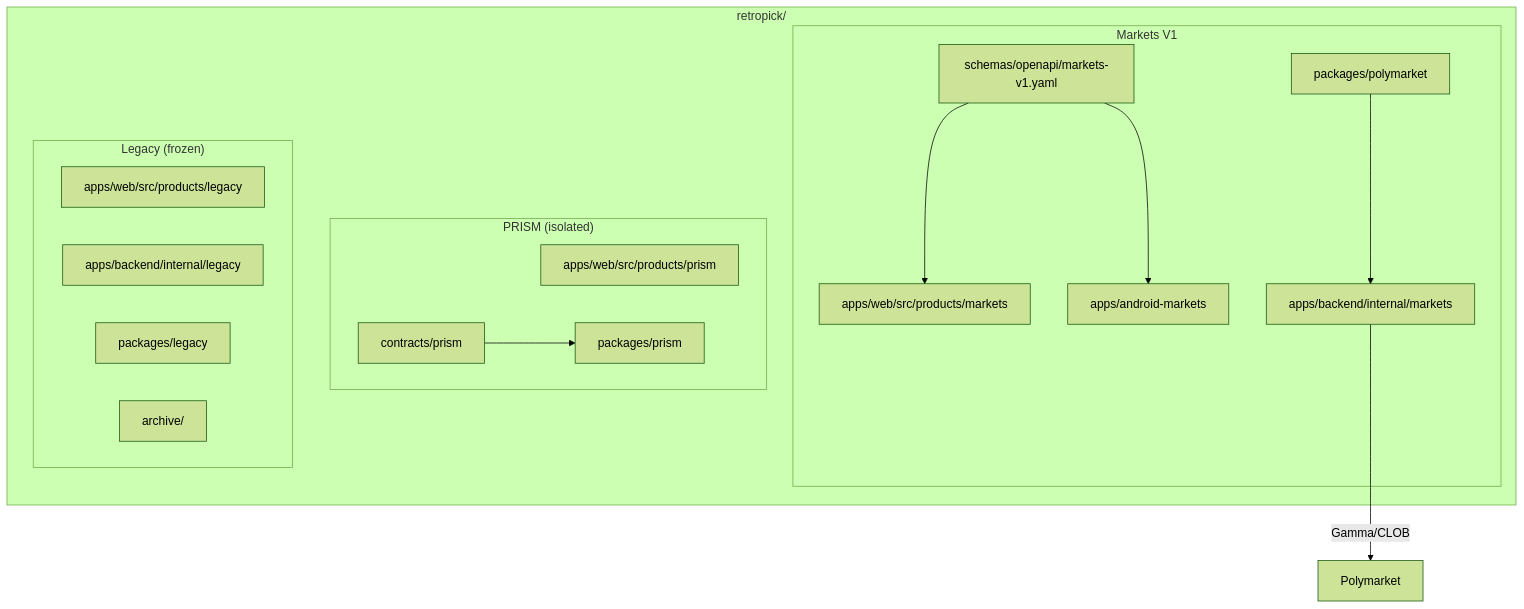
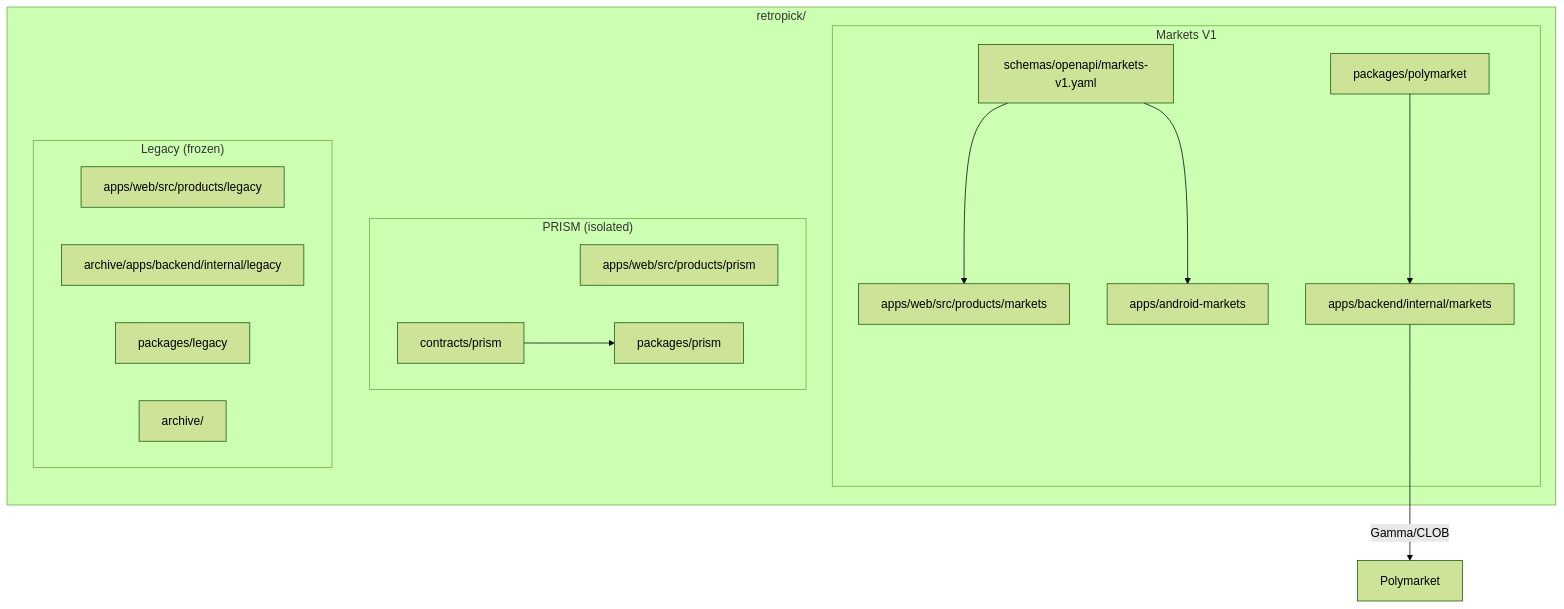
The first of 7 diagrams in .dev/markets-v1/architecture/TARGET_MONOREPO_ARCHITECTURE.md (RetroPick/monorepo-base), drawn with Mermaid (forest theme) before and after one commit. The commit also changed other lines of this file and 395 other files, not shown here.

````diff
--- a/.dev/markets-v1/architecture/TARGET_MONOREPO_ARCHITECTURE.md
+++ b/.dev/markets-v1/architecture/TARGET_MONOREPO_ARCHITECTURE.md
@@ -94,28 +94,28 @@
 ```mermaid
 flowchart TB
     subgraph Monorepo["retropick/"]
         subgraph Markets["Markets V1"]
             MW[apps/web/src/products/markets]
             MA[apps/android-markets]
             MB[apps/backend/internal/markets]
             MP[packages/polymarket]
             MO[schemas/openapi/markets-v1.yaml]
         end
         subgraph PRISM["PRISM (isolated)"]
             PW[apps/web/src/products/prism]
             PC[contracts/prism]
             PP[packages/prism]
         end
         subgraph Legacy["Legacy (frozen)"]
             LW[apps/web/src/products/legacy]
-            LB[apps/backend/internal/legacy]
+            LB[archive/apps/backend/internal/legacy]
             LP[packages/legacy]
             AR[archive/]
         end
     end
     MP --> MB
     MO --> MW
     MO --> MA
     MB -->|Gamma/CLOB| PM[Polymarket]
     PC --> PP
 ```
````
